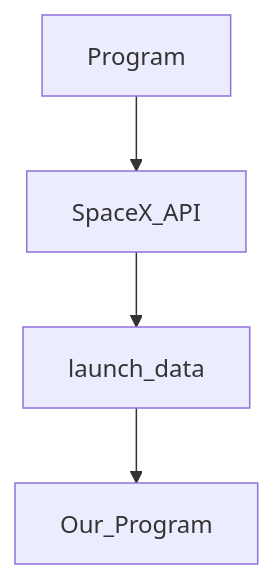
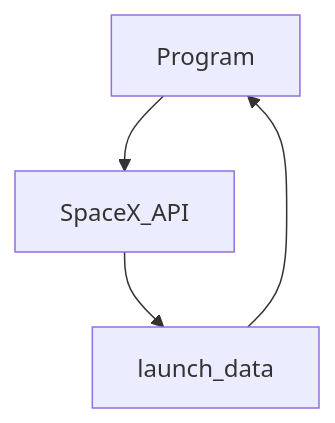
One commit to advaitvd/spacex_dashapp changed the first of 2 diagrams in data_collection_flowchart.md. Above: the diagram before and after it, drawn with Mermaid.

````diff
--- a/data_collection_flowchart.md
+++ b/data_collection_flowchart.md
@@ -6,6 +6,6 @@
 ```mermaid
 graph TD;
   Program-->SpaceX_API;
   SpaceX_API-->launch_data;
-  launch_data-->Our_Program;
+  launch_data-->Program;
 ```
````
